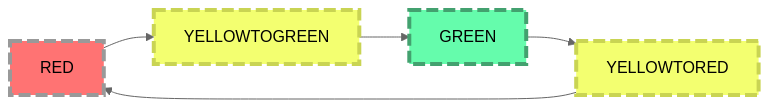
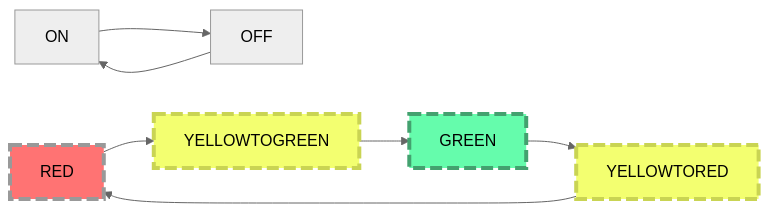
The diagram in README.md (limoncatGod/traffic_light), drawn with Mermaid (neutral theme) before and after one commit.

````diff
--- a/README.md
+++ b/README.md
@@ -39,13 +39,14 @@
 ```mermaid
 flowchart LR
-
+    ON --> OFF
+    OFF --> ON
     RED --> YELLOWTOGREEN
     YELLOWTOGREEN --> GREEN
     GREEN --> YELLOWTORED
     YELLOWTORED --> RED
 
     style RED fill:#ff7373,stroke:##c95757,stroke-width:4px,color:#000,stroke-dasharray: 12 5
     style YELLOWTOGREEN fill:#f3ff70,stroke:#c9d453,stroke-width:4px,color:#000,stroke-dasharray: 12 5
     style GREEN fill:#65fcac,stroke:#43a16f,stroke-width:4px,color:#000,stroke-dasharray: 12 5
     style YELLOWTORED fill:#f3ff70,stroke:#c9d453,stroke-width:4px,color:#000,stroke-dasharray: 12 5
 ```
````
